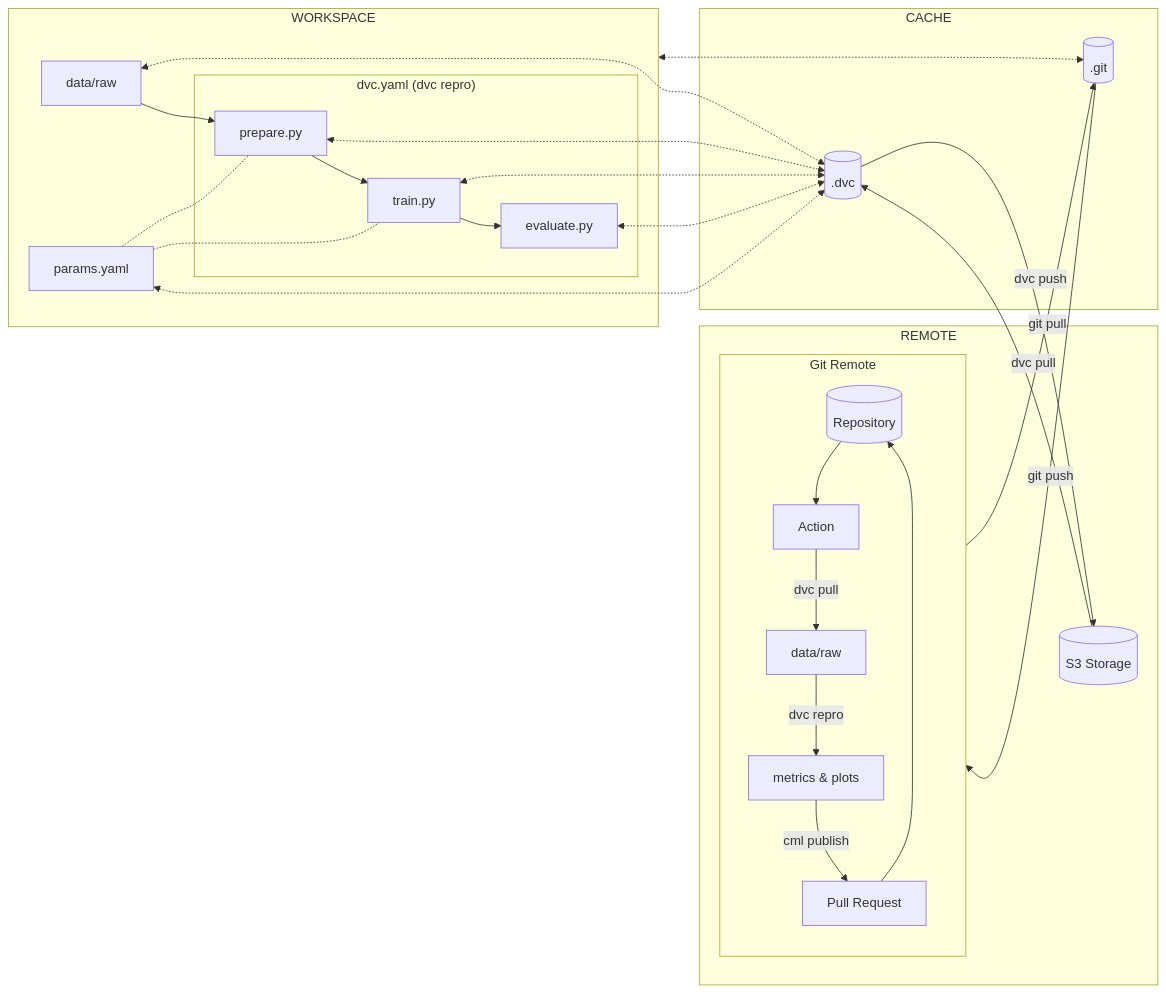
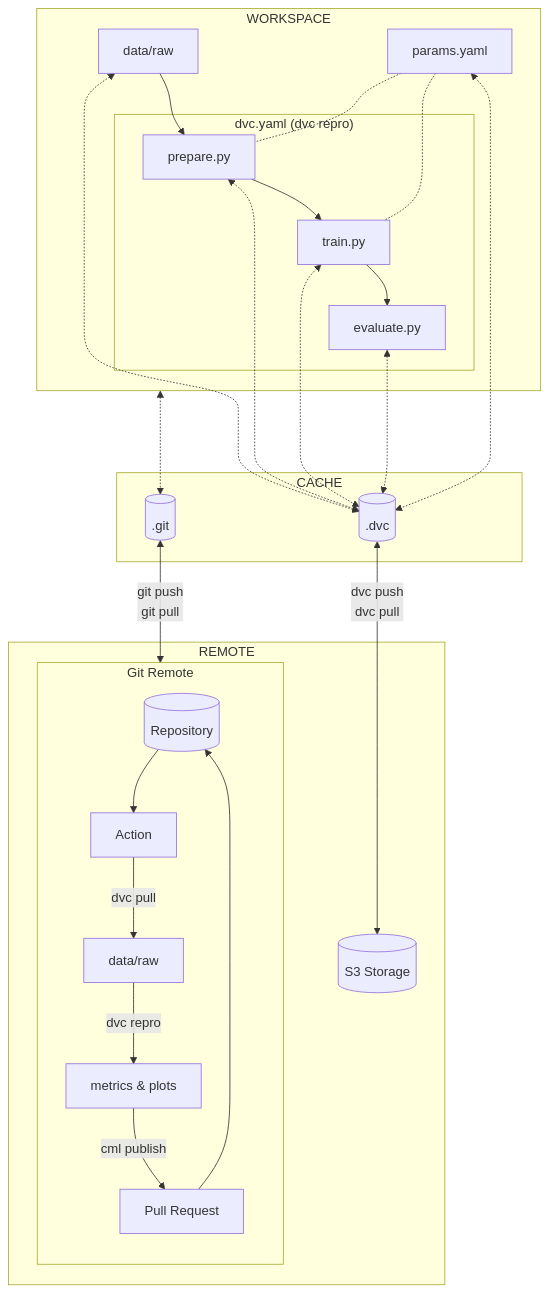
One commit to swiss-ai-center/a-guide-to-mlops changed the diagram in docs/part-2-move-the-model-to-the-cloud/conclusion.md. Above: the diagram before and after it, drawn with Mermaid. The commit also changed 4 other files, not shown here.

Commit message:
Update mermaid graphs for consistency

````diff
--- a/docs/part-2-move-the-model-to-the-cloud/conclusion.md
+++ b/docs/part-2-move-the-model-to-the-cloud/conclusion.md
@@ -19,36 +19,37 @@
 ```mermaid
-flowchart LR
-    dot_dvc[(.dvc)] -->|dvc push| s3_storage[(S3 Storage)]
-    s3_storage -->|dvc pull| dot_dvc
-    dot_git[(.git)] -->|git push| gitGraph[Git Remote]
-    gitGraph -->|git pull| dot_git
+flowchart TB
+    dot_dvc[(.dvc)] <-->|dvc push
+                         dvc pull| s3_storage[(S3 Storage)]
+    dot_git[(.git)] <-->|git push
+                         git pull| gitGraph[Git Remote]
     workspaceGraph <-....-> dot_git
     data[data/raw] <-.-> dot_dvc
     subgraph remoteGraph[REMOTE]
         s3_storage
         subgraph gitGraph[Git Remote]
+            direction TB
             repository[(Repository)] --> action[Action]
             action -->|dvc pull| action_data[data/raw]
             action_data -->|dvc repro| action_out[metrics & plots]
             action_out -->|cml publish| pr[Pull Request]
             pr --> repository
         end
     end
     subgraph cacheGraph[CACHE]
         dot_dvc
         dot_git
     end
     subgraph workspaceGraph[WORKSPACE]
         prepare[prepare.py] <-.-> dot_dvc
         train[train.py] <-.-> dot_dvc
         evaluate[evaluate.py] <-.-> dot_dvc
         data --> prepare
         subgraph dvcGraph["dvc.yaml (dvc repro)"]
             prepare --> train
             train --> evaluate
         end
         params[params.yaml] -.- prepare
         params -.- train
         params <-.-> dot_dvc
     end
 ```
````
